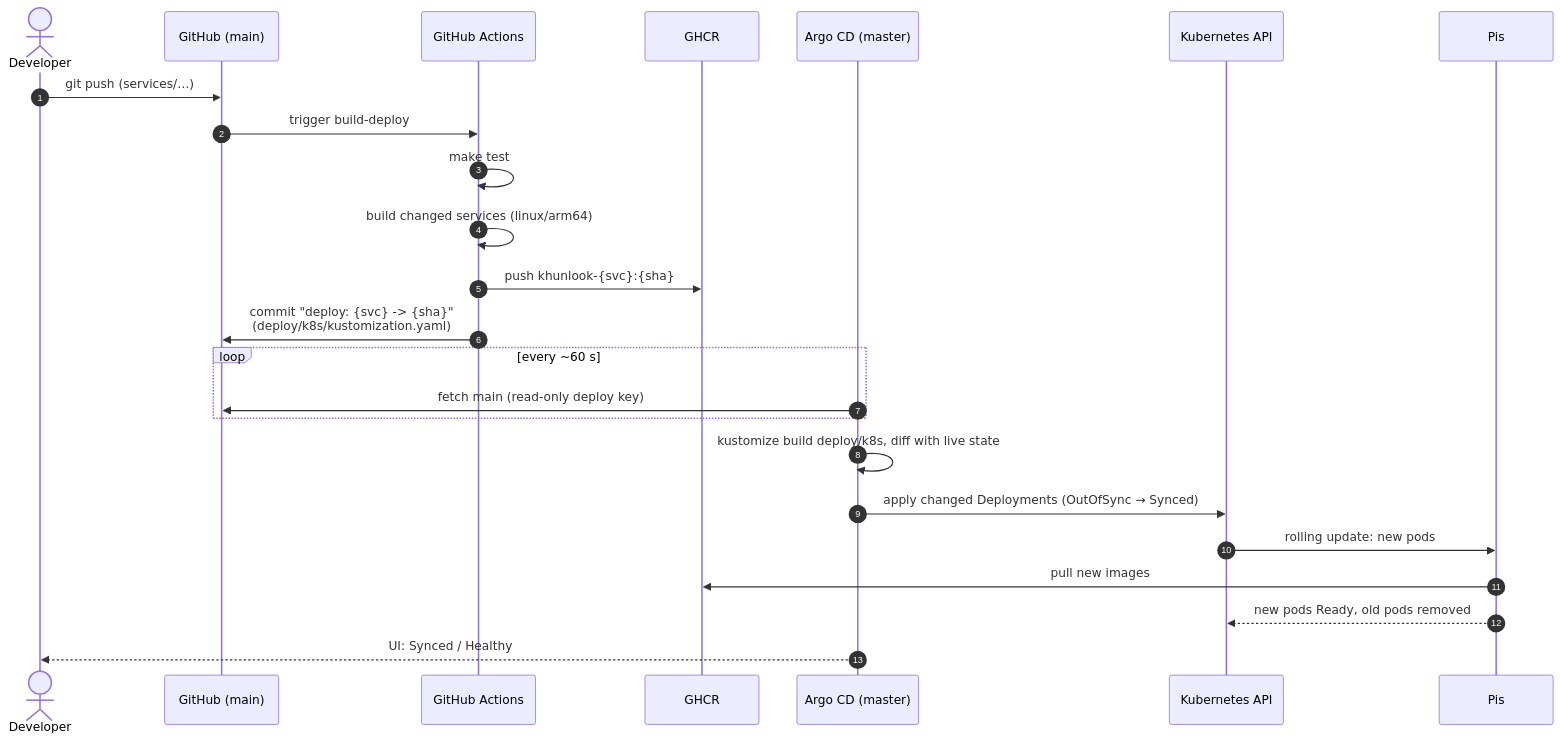
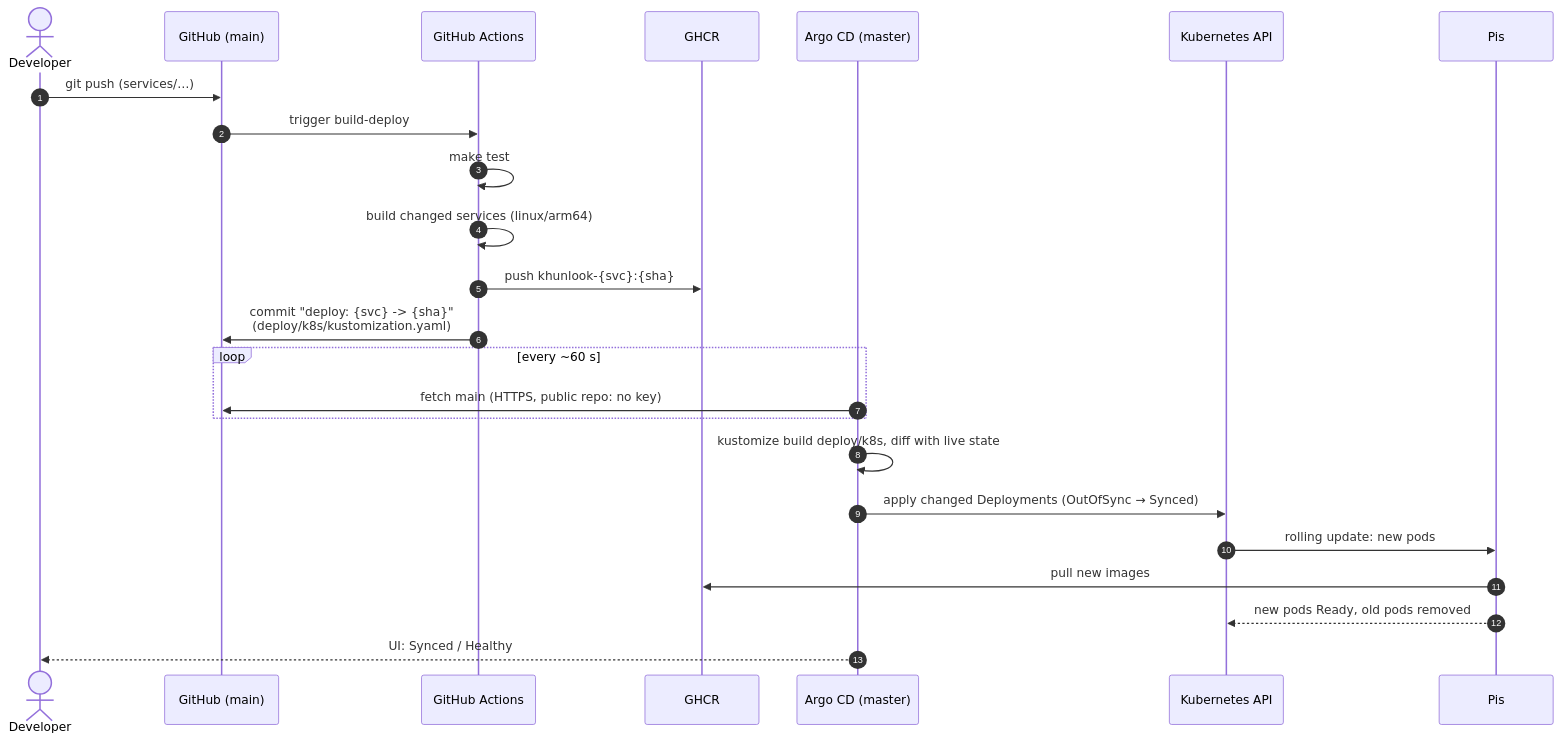
The fifth of 9 diagrams in docs/infrastructure.md (BallBoii/khunlook), drawn with Mermaid before and after one commit. The commit also changed other lines of this file and 9 other files, not shown here.

Commit message:
Argo CD reads the public repo over HTTPS: drop the deploy key

````diff
--- a/docs/infrastructure.md
+++ b/docs/infrastructure.md
@@ -160,27 +160,27 @@
 ```mermaid
 sequenceDiagram
     autonumber
     actor Dev as Developer
     participant GH as GitHub (main)
     participant CI as GitHub Actions
     participant REG as GHCR
     participant A as Argo CD (master)
     participant K as Kubernetes API
     participant P as Pis
 
     Dev->>GH: git push (services/…)
     GH->>CI: trigger build-deploy
     CI->>CI: make test
     CI->>CI: build changed services (linux/arm64)
     CI->>REG: push khunlook-{svc}:{sha}
     CI->>GH: commit "deploy: {svc} -> {sha}"<br/>(deploy/k8s/kustomization.yaml)
     loop every ~60 s
-        A->>GH: fetch main (read-only deploy key)
+        A->>GH: fetch main (HTTPS, public repo: no key)
     end
     A->>A: kustomize build deploy/k8s, diff with live state
     A->>K: apply changed Deployments (OutOfSync → Synced)
     K->>P: rolling update: new pods
     P->>REG: pull new images
     P-->>K: new pods Ready, old pods removed
     A-->>Dev: UI: Synced / Healthy
 ```
````
